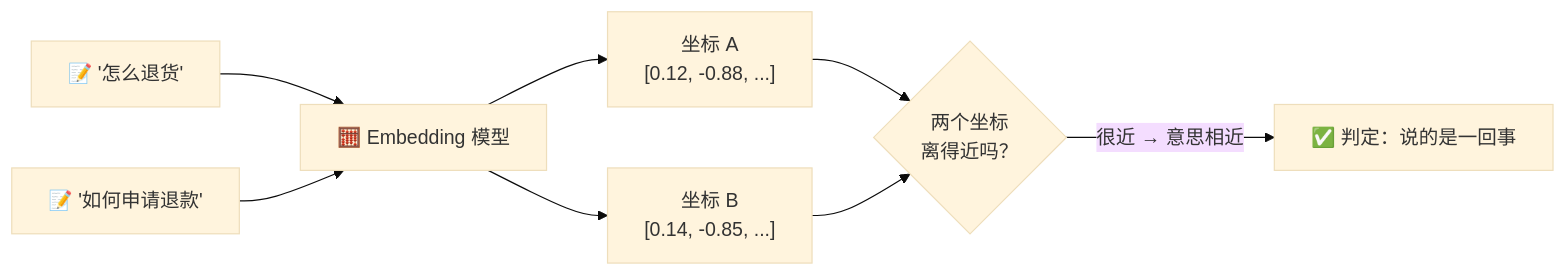
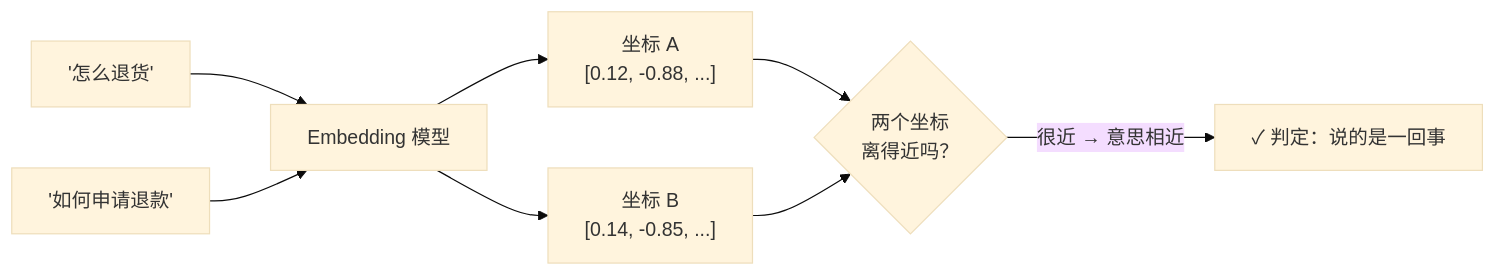
The first of 8 diagrams in docs/02_CONCEPTS_概念入门/CONCEPT/[CONCEPT-09] 什么是Embedding-向量.md (luckykhy/KhyAiHub), drawn with Mermaid (base theme) before and after one commit. The commit also changed other lines of this file and 19 other files, not shown here.

````diff
--- a/docs/02_CONCEPTS_概念入门/CONCEPT/[CONCEPT-09] 什么是Embedding-向量.md
+++ b/docs/02_CONCEPTS_概念入门/CONCEPT/[CONCEPT-09] 什么是Embedding-向量.md
@@ -36,10 +36,10 @@
 ```mermaid
 flowchart LR
-  T1["📝 '怎么退货'"] --> E["🧮 Embedding 模型"]
-  T2["📝 '如何申请退款'"] --> E
+  T1["'怎么退货'"] --> E["Embedding 模型"]
+  T2["'如何申请退款'"] --> E
   E --> V1["坐标 A<br/>[0.12, -0.88, ...]"]
   E --> V2["坐标 B<br/>[0.14, -0.85, ...]"]
   V1 --> D{"两个坐标<br/>离得近吗？"}
   V2 --> D
-  D -->|"很近 → 意思相近"| R["✅ 判定：说的是一回事"]
+  D -->|"很近 → 意思相近"| R["✓ 判定：说的是一回事"]
 ```
````
